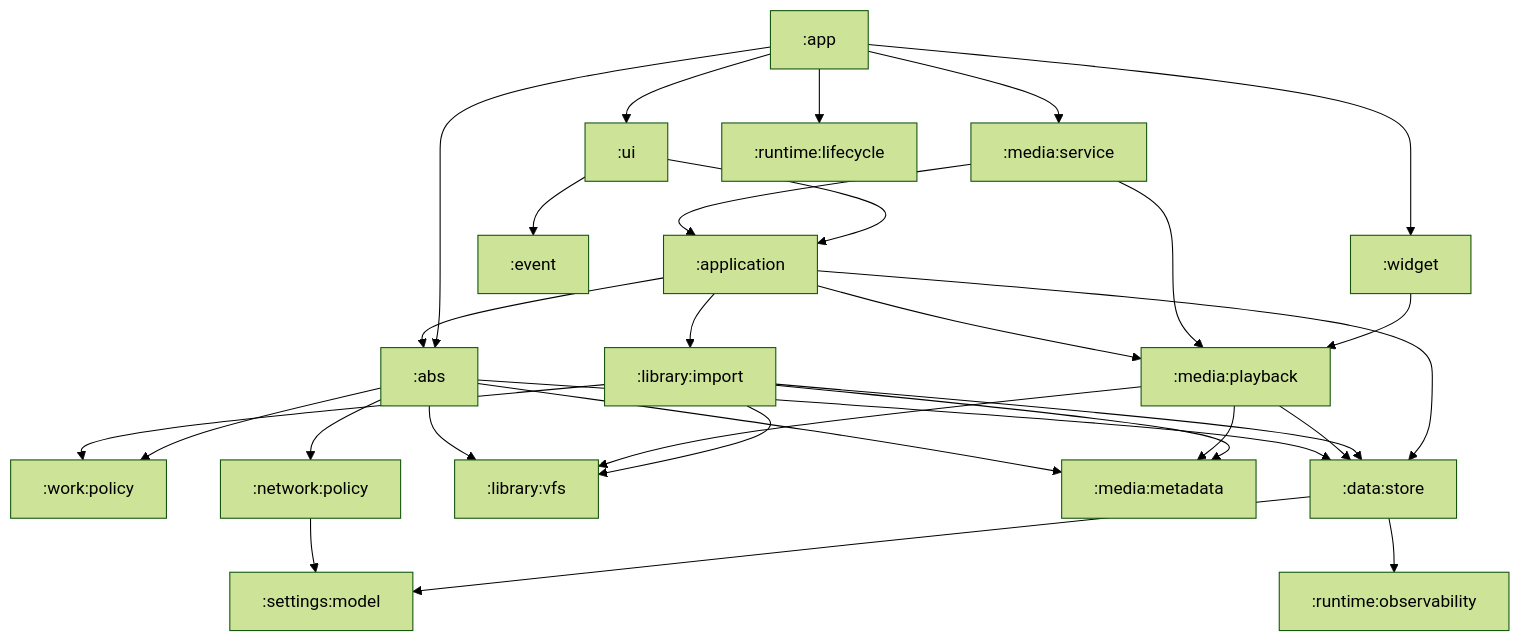
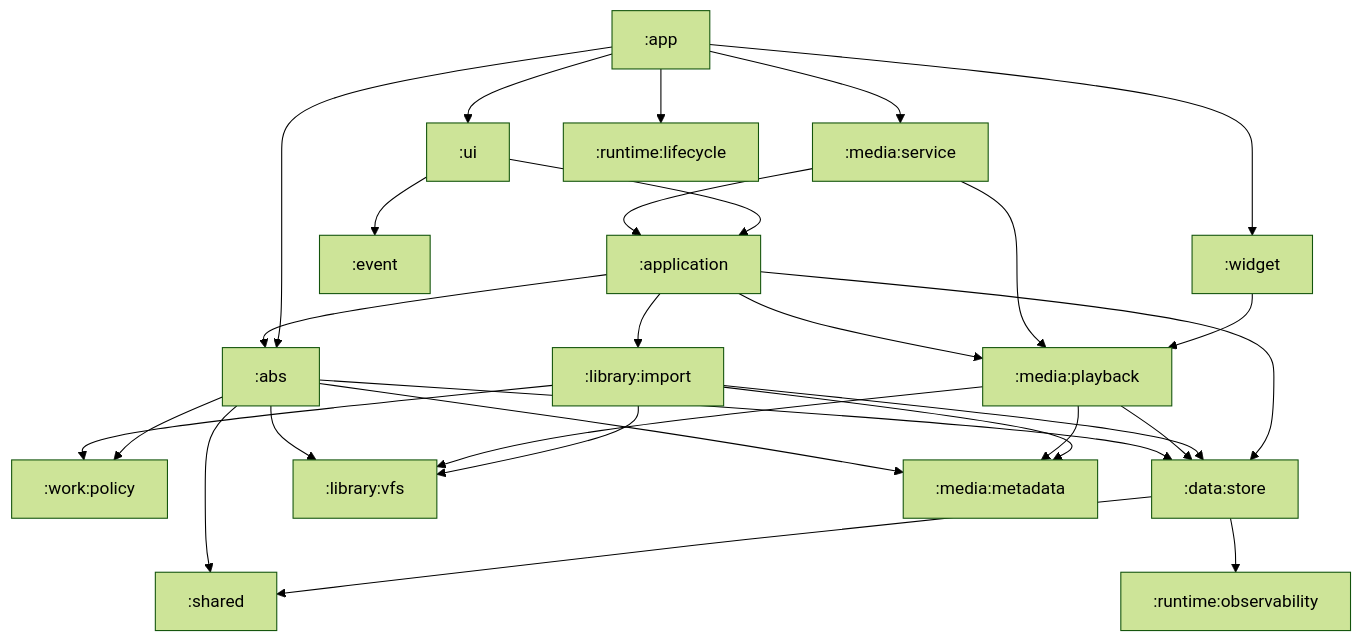
The diagram in docs/multi-module-domain-migration-plan.md (Viel0320/Oto), drawn with Mermaid (forest theme) before and after one commit. The commit also changed other lines of this file and 147 other files, not shown here.

````diff
--- a/docs/multi-module-domain-migration-plan.md
+++ b/docs/multi-module-domain-migration-plan.md
@@ -23,50 +23,48 @@
 ```mermaid
 flowchart TD
     app[":app"]
     ui[":ui"]
     widget[":widget"]
     event[":event"]
     workPolicy[":work:policy"]
     application[":application"]
     data[":data:store"]
     libraryVfs[":library:vfs"]
     libraryImport[":library:import"]
     mediaMetadata[":media:metadata"]
     mediaPlayback[":media:playback"]
     mediaService[":media:service"]
     abs[":abs"]
-    settings[":settings:model"]
-    network[":network:policy"]
+    shared[":shared"]
     lifecycle[":runtime:lifecycle"]
     observability[":runtime:observability"]
 
     app --> ui
     app --> widget
     app --> mediaService
     app --> abs
     app --> lifecycle
     ui --> application
     ui --> event
     widget --> mediaPlayback
     mediaService --> mediaPlayback
     mediaService --> application
     application --> data
     application --> libraryImport
     application --> mediaPlayback
     application --> abs
-    data --> settings
+    data --> shared
     data --> observability
     libraryImport --> libraryVfs
     libraryImport --> mediaMetadata
     libraryImport --> data
     mediaPlayback --> mediaMetadata
     mediaPlayback --> libraryVfs
     mediaPlayback --> data
     abs --> data
     abs --> libraryVfs
     abs --> mediaMetadata
-    abs --> network
+    abs --> shared
     abs --> workPolicy
-    network --> settings
     libraryImport --> workPolicy
 ```
````
